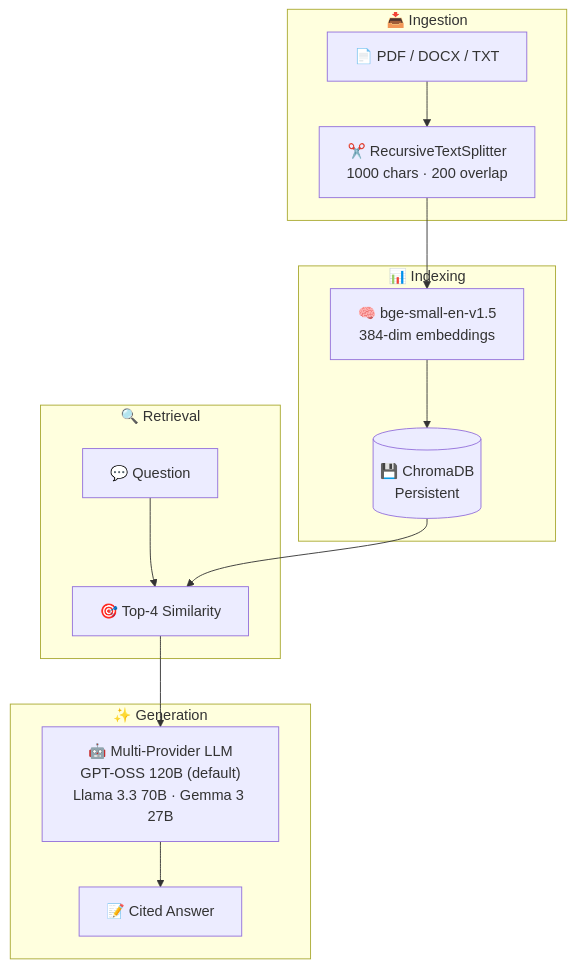
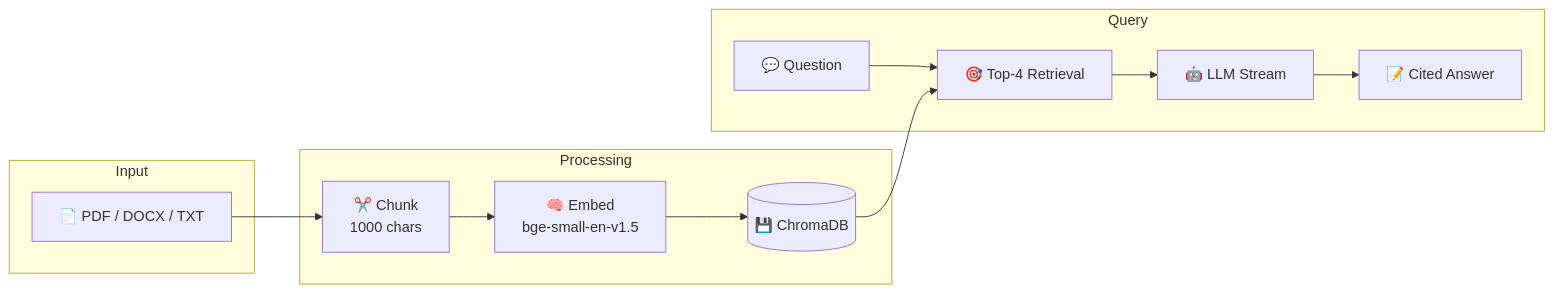
The diagram in README.md (pkgprateek/rag-document-qa-workflow), drawn with Mermaid before and after one commit. The commit also changed other lines of this file and 3 other files, not shown here.

First line of the commit message:
feat: multi-document upload + streaming LLM responses

````diff
--- a/README.md
+++ b/README.md
@@ -27,27 +53,23 @@
 ```mermaid
-flowchart TB
-    subgraph Ingestion ["📥 Ingestion"]
-        A["📄 PDF / DOCX / TXT"]
-        B["✂️ RecursiveTextSplitter<br/>1000 chars · 200 overlap"]
-        A --> B
+flowchart LR
+    subgraph Input
+        A[📄 PDF / DOCX / TXT]
     end
     
-    subgraph Indexing ["📊 Indexing"]
-        C["🧠 bge-small-en-v1.5<br/>384-dim embeddings"]
-        D[("💾 ChromaDB<br/>Persistent")]
-        B --> C --> D
+    subgraph Processing
+        B[✂️ Chunk<br/>1000 chars]
+        C[🧠 Embed<br/>bge-small-en-v1.5]
+        D[(💾 ChromaDB)]
     end
     
-    subgraph Retrieval ["🔍 Retrieval"]
-        E["💬 Question"]
-        F["🎯 Top-4 Similarity"]
-        E --> F
-        D --> F
+    subgraph Query
+        E[💬 Question]
+        F[🎯 Top-4 Retrieval]
+        G[🤖 LLM Stream]
+        H[📝 Cited Answer]
     end
     
-    subgraph Generation ["✨ Generation"]
-        G["🤖 Multi-Provider LLM<br/>GPT-OSS 120B (default)<br/>Llama 3.3 70B · Gemma 3 27B"]
-        H["📝 Cited Answer"]
-        F --> G --> H
-    end
+    A --> B --> C --> D
+    E --> F --> G --> H
+    D --> F
 ```
````
